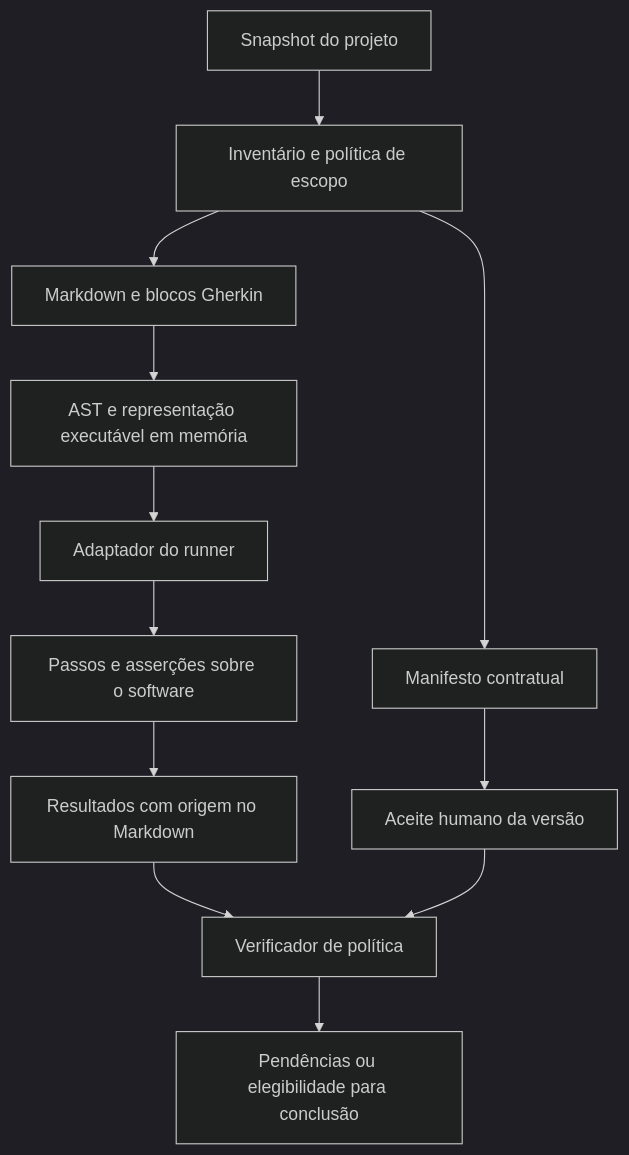
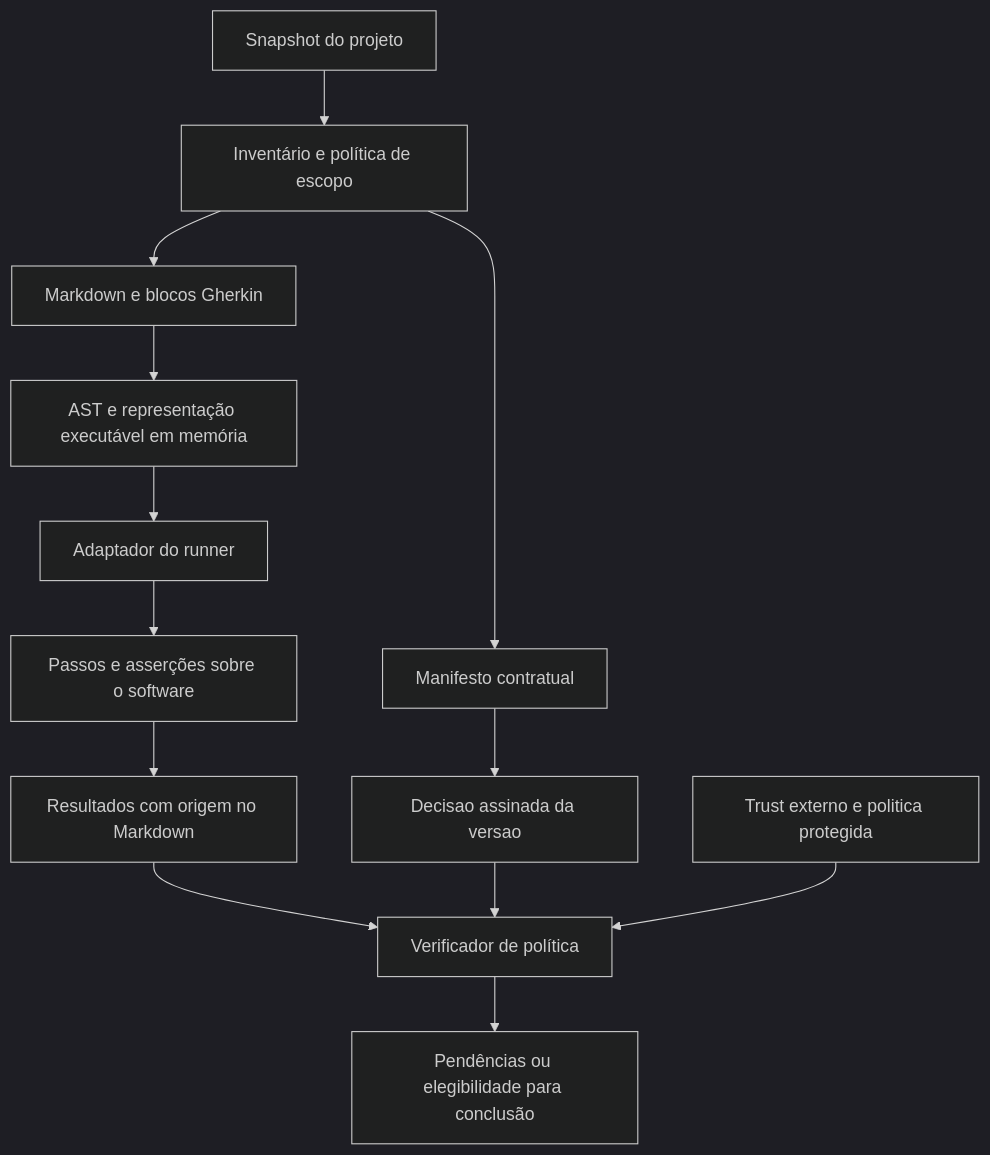
One commit to LucasGois1/specmd changed the diagram in docs/architecture.md. Above: the diagram before and after it, drawn with Mermaid (dark theme). The commit also changed other lines of this file and 66 other files, not shown here.

````diff
--- a/docs/architecture.md
+++ b/docs/architecture.md
@@ -37,14 +38,15 @@
 ```mermaid
 flowchart TD
     A[Snapshot do projeto] --> B[Inventário e política de escopo]
     B --> C[Markdown e blocos Gherkin]
     C --> D[AST e representação executável em memória]
     D --> E[Adaptador do runner]
     E --> F[Passos e asserções sobre o software]
     F --> G[Resultados com origem no Markdown]
     B --> H[Manifesto contratual]
-    H --> I[Aceite humano da versão]
+    H --> I[Decisao assinada da versao]
     G --> J[Verificador de política]
     I --> J
+    L[Trust externo e politica protegida] --> J
     J --> K[Pendências ou elegibilidade para conclusão]
 ```
````
